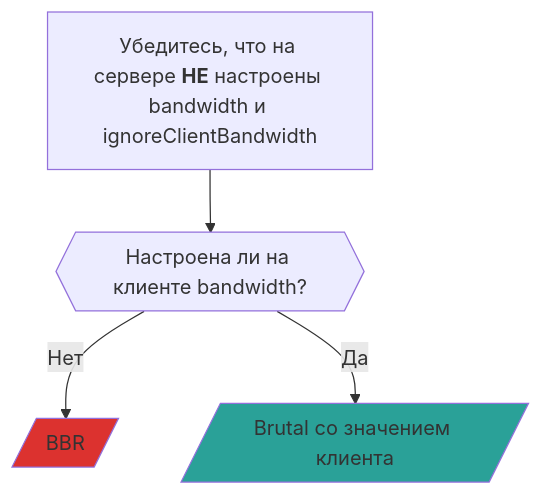
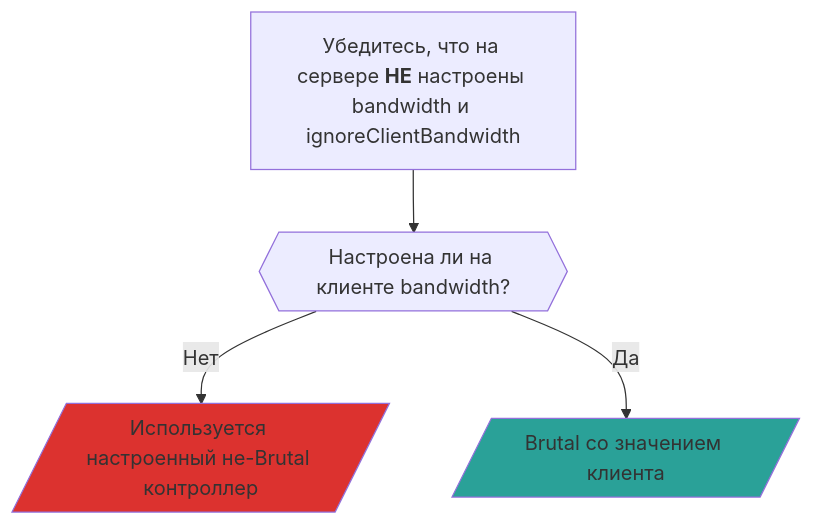
The second of 2 diagrams in docs/docs/advanced/Full-Server-Config.ru.md (apernet/hysteria-website), drawn with Mermaid before and after one commit. The commit also changed other lines of this file and 37 other files, not shown here.

````diff
--- a/docs/docs/advanced/Full-Server-Config.ru.md
+++ b/docs/docs/advanced/Full-Server-Config.ru.md
@@ -175,9 +210,9 @@
 ```mermaid
 graph TD;
     S_no_BW["`Убедитесь, что на сервере **НЕ** настроены bandwidth и ignoreClientBandwidth`"] --> C_has_BW;
-    C_has_BW{{"Настроена ли на клиенте bandwidth?"}} -- "Нет" --> BBR[/"BBR"/];
+    C_has_BW{{"Настроена ли на клиенте bandwidth?"}} -- "Нет" --> NonBrutal[/"Используется настроенный не-Brutal контроллер"/];
     C_has_BW -- "Да" --> Brutal_C[/"Brutal со значением клиента"/];
 
-    style BBR fill:#dc322f;
+    style NonBrutal fill:#dc322f;
     style Brutal_C fill:#2aa198;
 ```
````
